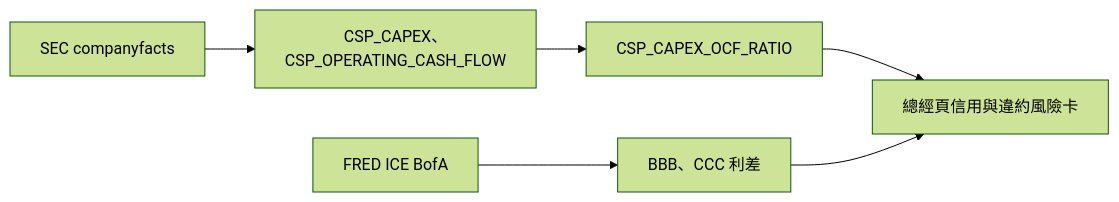
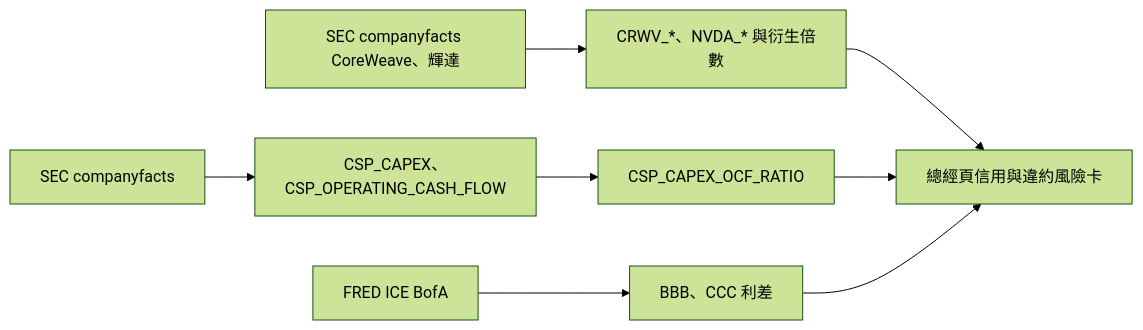
One commit to Vinskao/maya-sawa changed the second of 2 diagrams in docs/MACRO_DATA_INTEGRITY.md. Above: the diagram before and after it, drawn with Mermaid (forest theme). The commit also changed other lines of this file and 3 other files, not shown here.

First line of the commit message:
Add CoreWeave and NVIDIA SEC financing series

````diff
--- a/docs/MACRO_DATA_INTEGRITY.md
+++ b/docs/MACRO_DATA_INTEGRITY.md
@@ -60,8 +63,10 @@
 ```mermaid
 flowchart LR
     SEC["SEC companyfacts"] --> Capex["CSP_CAPEX、CSP_OPERATING_CASH_FLOW"]
     Capex --> Ratio["CSP_CAPEX_OCF_RATIO"]
     FRED["FRED ICE BofA"] --> Spreads["BBB、CCC 利差"]
+    SEC2["SEC companyfacts CoreWeave、輝達"] --> Fin["CRWV_*、NVDA_* 與衍生倍數"]
+    Fin --> Card
     Ratio --> Card["總經頁信用與違約風險卡"]
     Spreads --> Card
 ```
````
